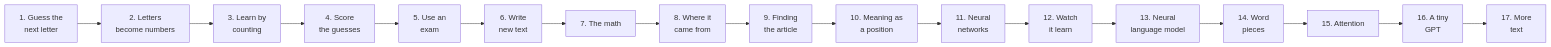
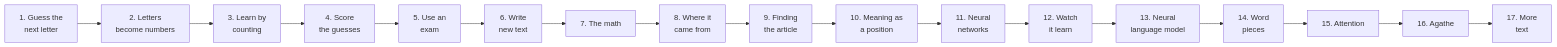
The diagram in learning/README.md (Falconiere/agavus), drawn with Mermaid before and after one commit. The commit also changed other lines of this file and 12 other files, not shown here.

````diff
--- a/learning/README.md
+++ b/learning/README.md
@@ -70,19 +70,19 @@
 ```mermaid
 flowchart LR
   A["1. Guess the<br/>next letter"] --> B["2. Letters<br/>become numbers"]
   B --> C["3. Learn by<br/>counting"]
   C --> D["4. Score<br/>the guesses"]
   D --> E["5. Use an<br/>exam"]
   E --> F["6. Write<br/>new text"]
   F --> G["7. The math"]
   G --> H["8. Where it<br/>came from"]
   H --> I["9. Finding<br/>the article"]
   I --> J["10. Meaning as<br/>a position"]
   J --> K["11. Neural<br/>networks"]
   K --> L["12. Watch<br/>it learn"]
   L --> M["13. Neural<br/>language model"]
   M --> N["14. Word<br/>pieces"]
   N --> O["15. Attention"]
-  O --> P["16. A tiny<br/>GPT"]
+  O --> P["16. Agathe"]
   P --> Q["17. More<br/>text"]
 ```
````
